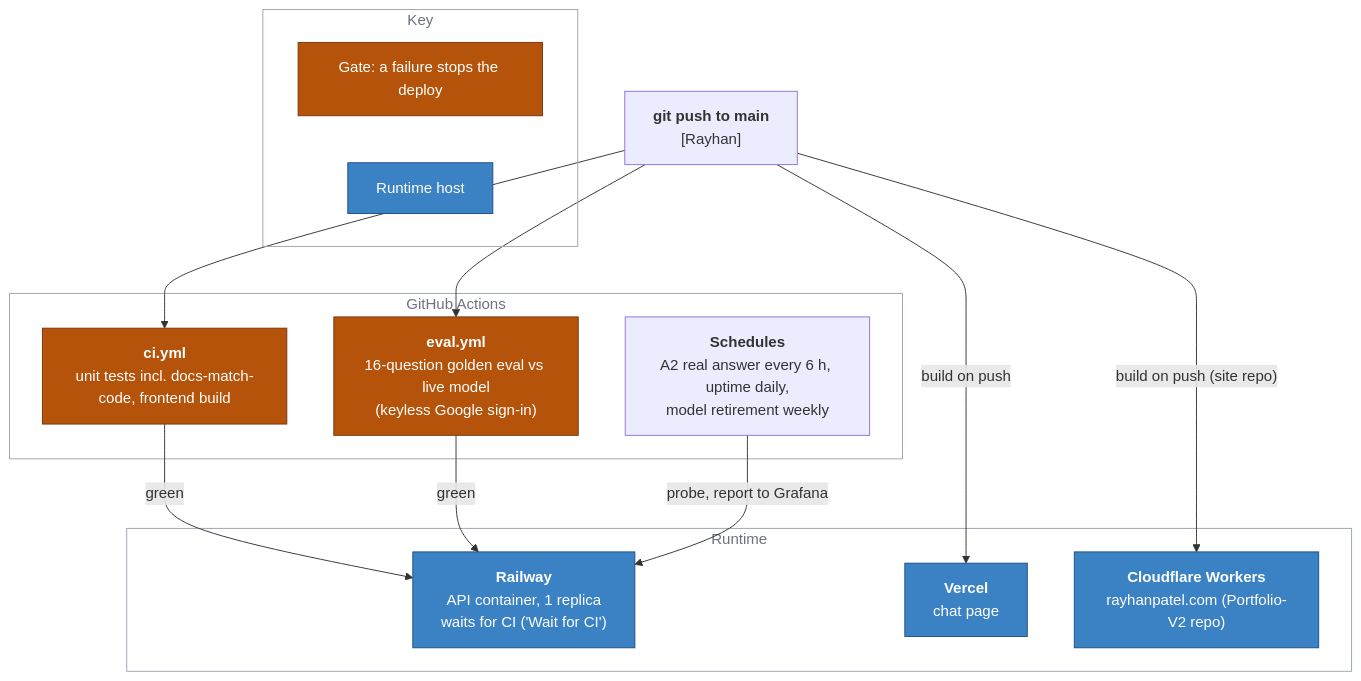
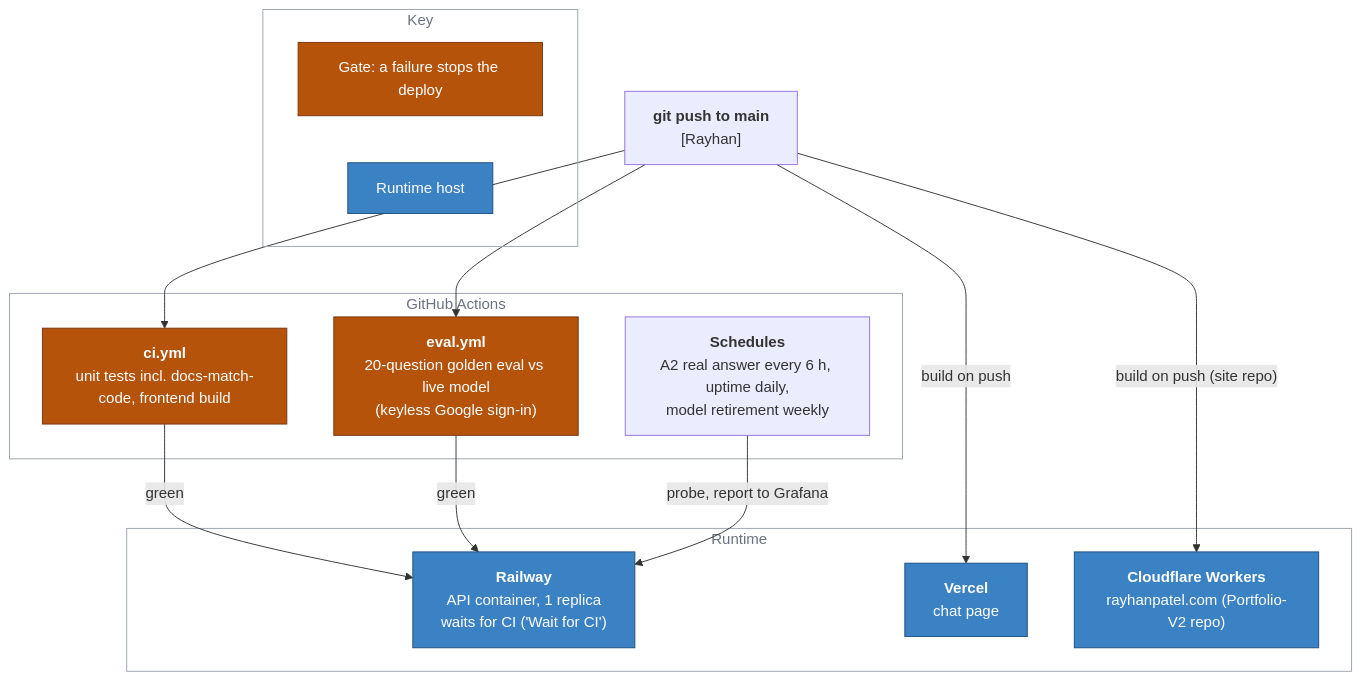
Before and after one commit to Rayhanpatel/AI-Resume-Agent: the tenth of 12 diagrams in docs/ARCHITECTURE.md, drawn with Mermaid. The commit also changed 1 other file, not shown here.

Commit message:
Final doc fixes: 20-question golden eval in the deployment view; Langfuse judges need no Nov 16 change (checked Oct 26)

````diff
--- a/docs/ARCHITECTURE.md
+++ b/docs/ARCHITECTURE.md
@@ -428,38 +428,38 @@
 ```mermaid
 flowchart TB
     accTitle: Deployment and delivery
     accDescr: A push to main runs the unit tests and the golden eval, which gate the Railway deploy. Vercel and Cloudflare Workers build on push. Scheduled workflows probe the API.
     dev["<b>git push to main</b><br/>[Rayhan]"]
 
     subgraph gh["GitHub Actions"]
         ci["<b>ci.yml</b><br/>unit tests incl. docs-match-code, frontend build"]
-        eval["<b>eval.yml</b><br/>16-question golden eval vs live model<br/>(keyless Google sign-in)"]
+        eval["<b>eval.yml</b><br/>20-question golden eval vs live model<br/>(keyless Google sign-in)"]
         sched["<b>Schedules</b><br/>A2 real answer every 6 h, uptime daily,<br/>model retirement weekly"]
     end
 
     subgraph run["Runtime"]
         railway["<b>Railway</b><br/>API container, 1 replica<br/>waits for CI ('Wait for CI')"]
         vercel["<b>Vercel</b><br/>chat page"]
         workers["<b>Cloudflare Workers</b><br/>rayhanpatel.com (Portfolio-V2 repo)"]
     end
 
     dev --> ci & eval
     ci -->|"green"| railway
     eval -->|"green"| railway
     dev -->|"build on push"| vercel
     dev -->|"build on push (site repo)"| workers
     sched -->|"probe, report to Grafana"| railway
 
     subgraph key["Key"]
         k1["Gate: a failure stops the deploy"]:::gate
         k2["Runtime host"]:::host
     end
     style key fill:none,stroke:#9ca3af,color:#6b7280
 
     classDef gate fill:#b45309,stroke:#78350f,color:#ffffff
     classDef host fill:#3b82c4,stroke:#1d4f80,color:#ffffff
     class ci,eval gate
     class railway,vercel,workers host
     style gh fill:none,stroke:#9ca3af,color:#6b7280
     style run fill:none,stroke:#9ca3af,color:#6b7280
 ```
````
